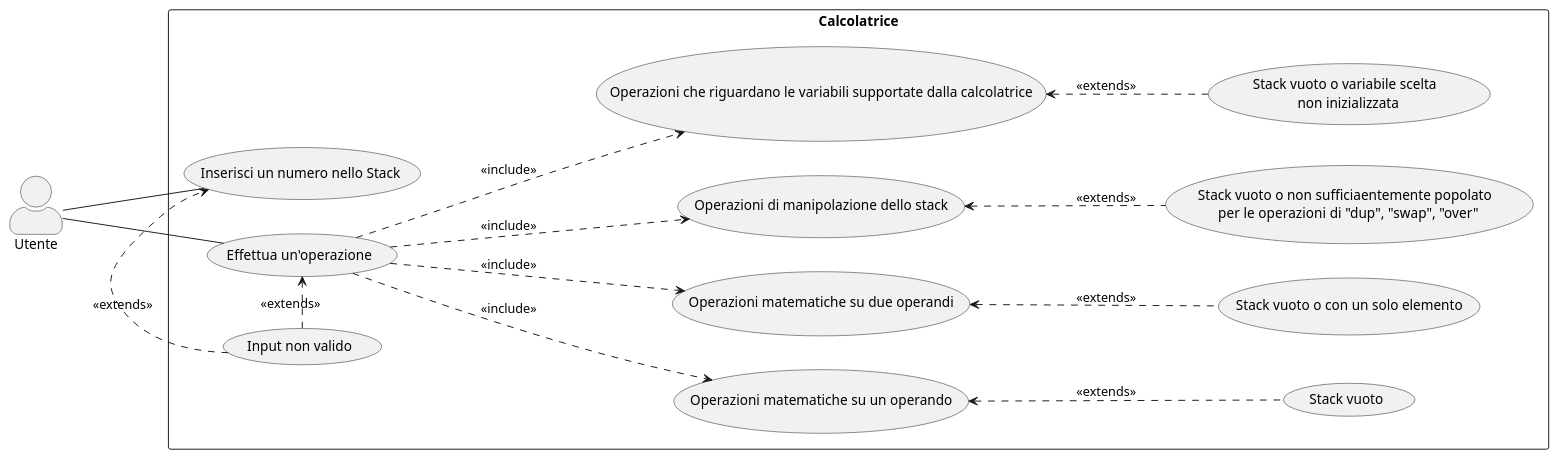
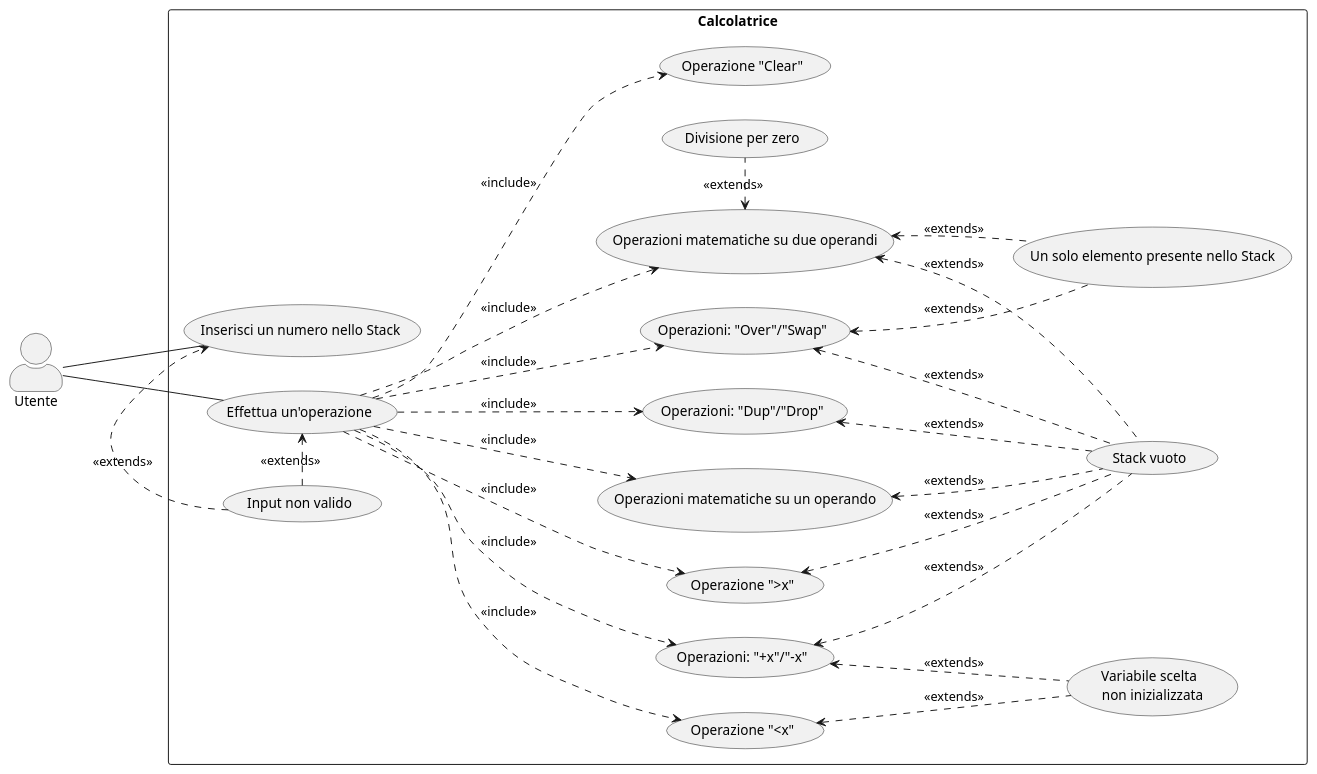
One commit to Tonio92345/Gruppo21_Progetto_IngSoftware changed the diagram in Use_Cases_Diagram_UML/use-cases-uml-diagram.puml. Above: the diagram before and after it, drawn with PlantUML.

Commit message:
Last Version

```diff
--- a/Use_Cases_Diagram_UML/use-cases-uml-diagram.puml
+++ b/Use_Cases_Diagram_UML/use-cases-uml-diagram.puml
@@ -1,21 +1,50 @@
 @startuml
 left to right direction
 skinparam actorstyle awesome
+
 actor Utente as u
+
 rectangle Calcolatrice{
-    usecase "Effettua un'operazione" as UC1
-    usecase "Inserisci un numero nello Stack" as UC2
-    (Input non valido) .> (UC2) : <<extends>>
-    (Input non valido) .> (UC1) : <<extends>>
-    (UC1) --.> (Operazioni matematiche su un operando) : <<include>>
-    (UC1) --.> (Operazioni matematiche su due operandi) : <<include>>
-    (UC1) --.> (Operazioni di manipolazione dello stack) : <<include>>
-    (UC1) --.> (Operazioni che riguardano le variabili supportate dalla calcolatrice) : <<include>>
-    (Operazioni matematiche su due operandi) <.- (Stack vuoto o con un solo elemento) : <<extends>>
-    (Operazioni matematiche su un operando) <.- (Stack vuoto) : <<extends>>
-    (Operazioni di manipolazione dello stack) <.- (Stack vuoto o non sufficiaentemente popolato \n per le operazioni di "dup", "swap", "over") : <<extends>>
-    (Operazioni che riguardano le variabili supportate dalla calcolatrice) <.- (Stack vuoto o variabile scelta \n non inizializzata) : <<extends>>
+    usecase "Effettua un'operazione" as EFFO
+    usecase "Inserisci un numero nello Stack" as INS    
+    usecase "Operazioni matematiche su un operando" as OPM1
+    usecase "Operazioni matematiche su due operandi" as OPM2
+    usecase "Input non valido" as INV
+    usecase "Stack vuoto" as STV
+    usecase "Divisione per zero" as DPZ
+    usecase "Un solo elemento presente nello Stack" as E1ST
+    usecase "Variabile scelta \n non inizializzata" as VSNI
+    usecase "Operazione ">x"" as OMGX
+    usecase "Operazione "<x"" as OMNX
+    usecase "Operazione "Clear"" as OC
+    usecase "Operazioni: "+x"/"-x"" as OPMX
+    usecase "Operazioni: "Dup"/"Drop"" as ODD
+    usecase "Operazioni: "Over"/"Swap"" as OOS
+
+    (EFFO) --.> (OPM1) : <<include>>
+    (EFFO) --.> (OPM2) : <<include>>
+    (EFFO) --.> (OOS) : <<include>>
+    (EFFO) --.> (ODD) : <<include>>
+    (EFFO) --.> (OC) : <<include>>
+    (EFFO) --.> (OPMX) : <<include>>
+    (EFFO) --.> (OMGX) : <<include>>
+    (EFFO) --.> (OMNX) : <<include>>
+    (INV) .> (INS) : <<extends>>
+    (INV) .> (EFFO) : <<extends>>
+    (OPM2) <.- (E1ST) : <<extends>>
+    (OPM1) <.- (STV) : <<extends>>
+    (OPM2) <. (DPZ) : <<extends>>
+    (OMGX) <.- (STV) : <<extends>>
+    (OPMX) <. (STV) : <<extends>>
+    (ODD) <.- (STV) : <<extends>>
+    (OPM2) <.- (STV) : <<extends>>
+    (OOS) <.- (E1ST) : <<extends>>
+    (OOS) <.- (STV) : <<extends>>
+    (OPMX) <.- (VSNI) : <<extends>>
+    (OMNX) <.- (VSNI) : <<extends>>
 }
-u -- UC1
-u -- UC2
+
+u -- EFFO
+u -- INS
+
 @enduml
```
